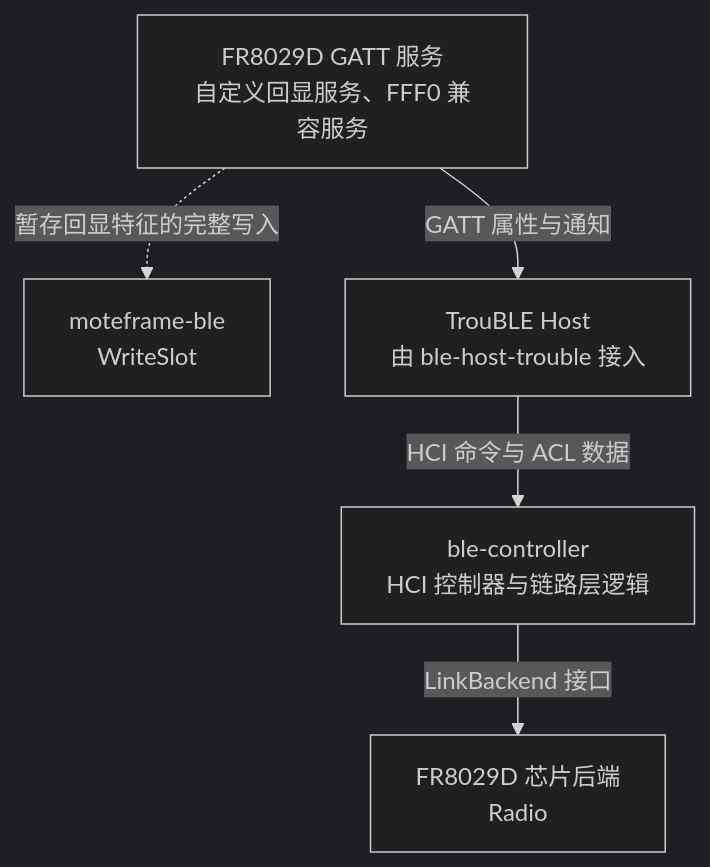
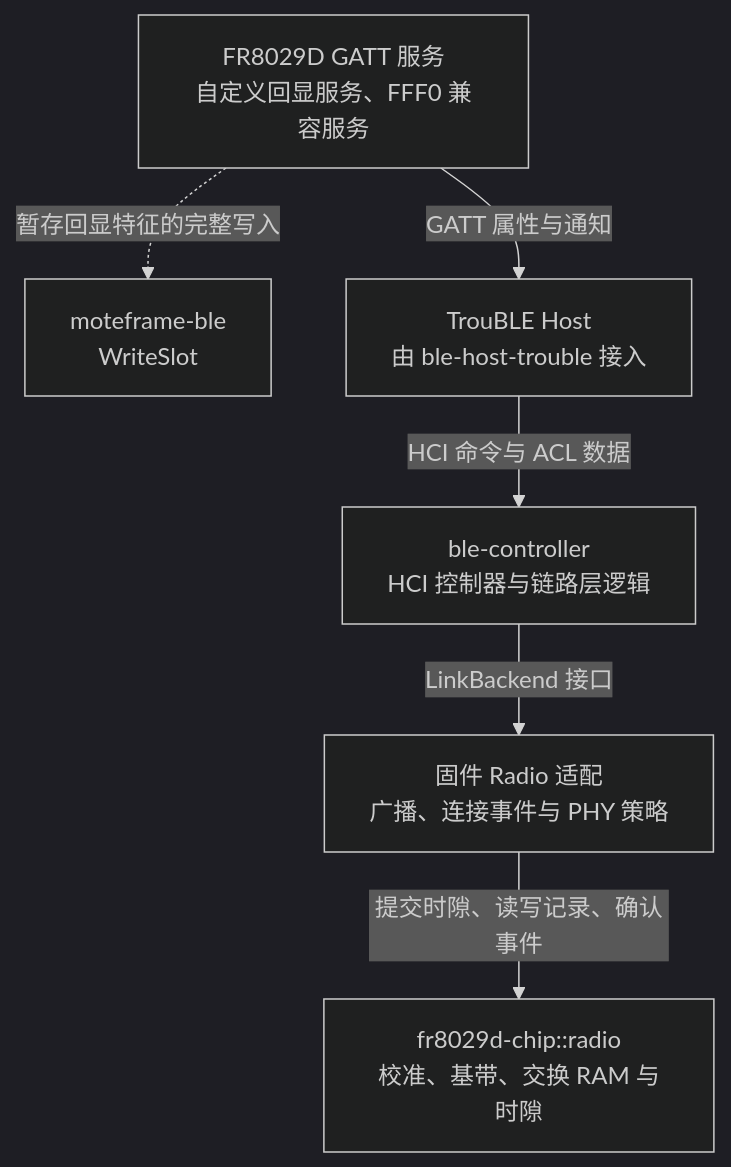
Before and after one commit to byx-darwin/moteframe: the diagram in devices/firmware/fr8029d-bringup/README.md, drawn with Mermaid (dark theme). The commit also changed other lines of this file and 43 other files, not shown here.

````diff
--- a/devices/firmware/fr8029d-bringup/README.md
+++ b/devices/firmware/fr8029d-bringup/README.md
@@ -216,12 +216,14 @@
 ```mermaid
 flowchart TD
     G["FR8029D GATT 服务<br/>自定义回显服务、FFF0 兼容服务"]
     M["moteframe-ble<br/>WriteSlot"]
     H["TrouBLE Host<br/>由 ble-host-trouble 接入"]
     C["ble-controller<br/>HCI 控制器与链路层逻辑"]
-    R["FR8029D 芯片后端<br/>Radio"]
+    R["固件 Radio 适配<br/>广播、连接事件与 PHY 策略"]
+    D["fr8029d-chip::radio<br/>校准、基带、交换 RAM 与时隙"]
     G -.->|暂存回显特征的完整写入| M
     G -->|GATT 属性与通知| H
     H -->|HCI 命令与 ACL 数据| C
     C -->|LinkBackend 接口| R
+    R -->|提交时隙、读写记录、确认事件| D
 ```
````
